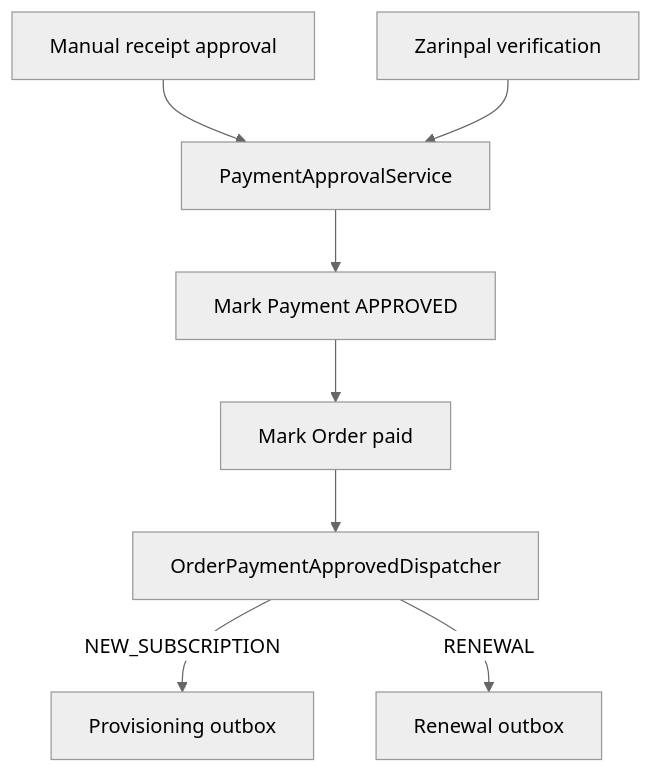
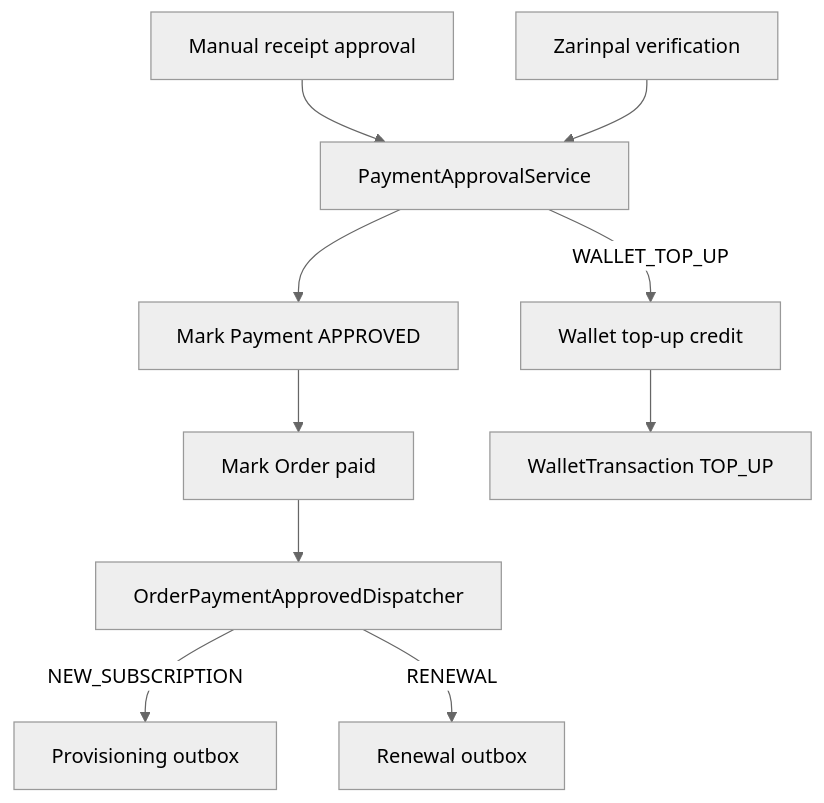
The diagram in docs/architecture/payment-lifecycle.md (parazit-IR/panel), drawn with Mermaid (neutral theme) before and after one commit. The commit also changed other lines of this file and 61 other files, not shown here.

Commit message:
feat(wallet): add wallet top-up through existing payment flows

````diff
--- a/docs/architecture/payment-lifecycle.md
+++ b/docs/architecture/payment-lifecycle.md
@@ -5,10 +5,12 @@
 ```mermaid
 flowchart TD
     A[Manual receipt approval] --> C[PaymentApprovalService]
     B[Zarinpal verification] --> C
     C --> D[Mark Payment APPROVED]
     D --> E[Mark Order paid]
     E --> F[OrderPaymentApprovedDispatcher]
     F -->|NEW_SUBSCRIPTION| G[Provisioning outbox]
     F -->|RENEWAL| H[Renewal outbox]
+    C -->|WALLET_TOP_UP| I[Wallet top-up credit]
+    I --> J[WalletTransaction TOP_UP]
 ```
````
